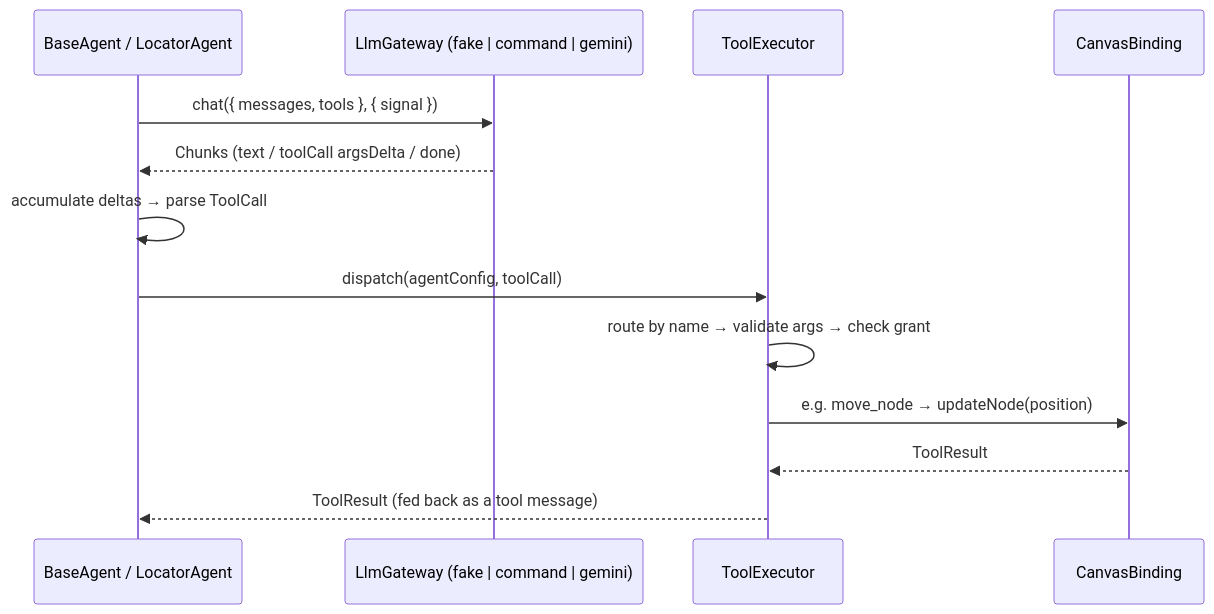
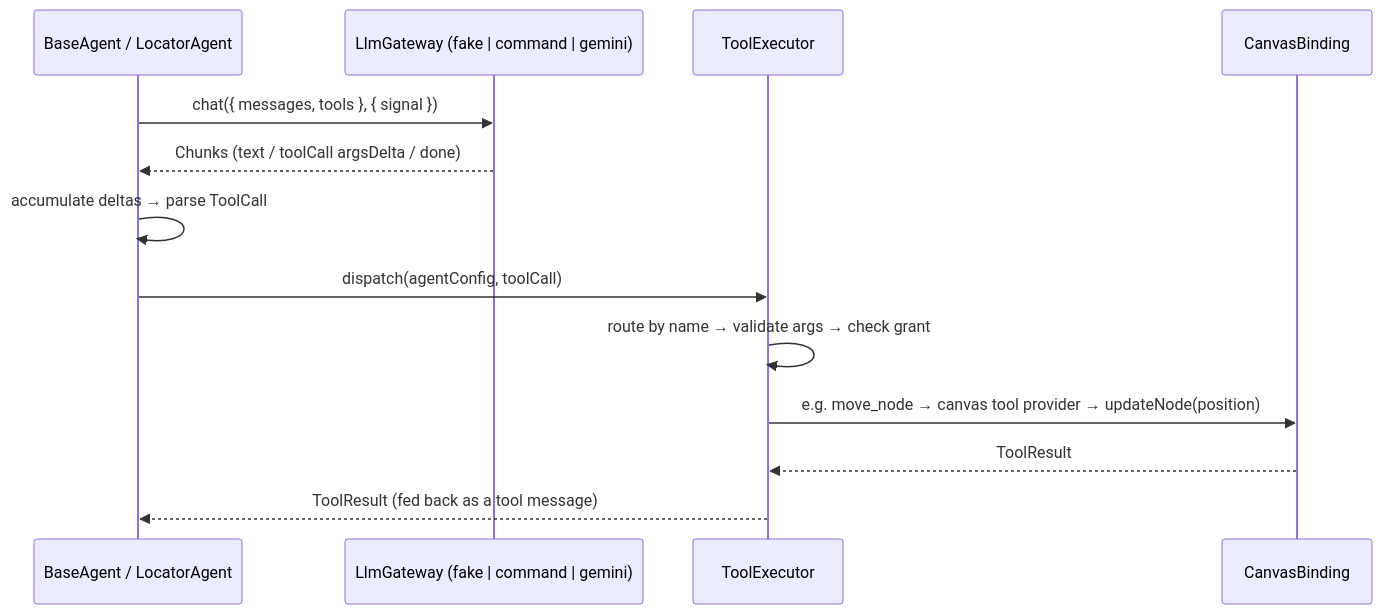
One commit to lemoncloud-io/eureka-flow changed the diagram in docs/browser-agent/foundations/llm-gateway.md. Above: the diagram before and after it, drawn with Mermaid. The commit also changed 4 other files, not shown here.

````diff
--- a/docs/browser-agent/foundations/llm-gateway.md
+++ b/docs/browser-agent/foundations/llm-gateway.md
@@ -44,16 +44,16 @@
 ```mermaid
 sequenceDiagram
     participant Agent as BaseAgent / LocatorAgent
     participant GW as LlmGateway (fake | command | gemini)
     participant EX as ToolExecutor
     participant CV as CanvasBinding
 
     Agent->>GW: chat({ messages, tools }, { signal })
     GW-->>Agent: Chunks (text / toolCall argsDelta / done)
     Agent->>Agent: accumulate deltas → parse ToolCall
     Agent->>EX: dispatch(agentConfig, toolCall)
     EX->>EX: route by name → validate args → check grant
-    EX->>CV: e.g. move_node → updateNode(position)
+    EX->>CV: e.g. move_node → canvas tool provider → updateNode(position)
     CV-->>EX: ToolResult
     EX-->>Agent: ToolResult (fed back as a tool message)
 ```
````
